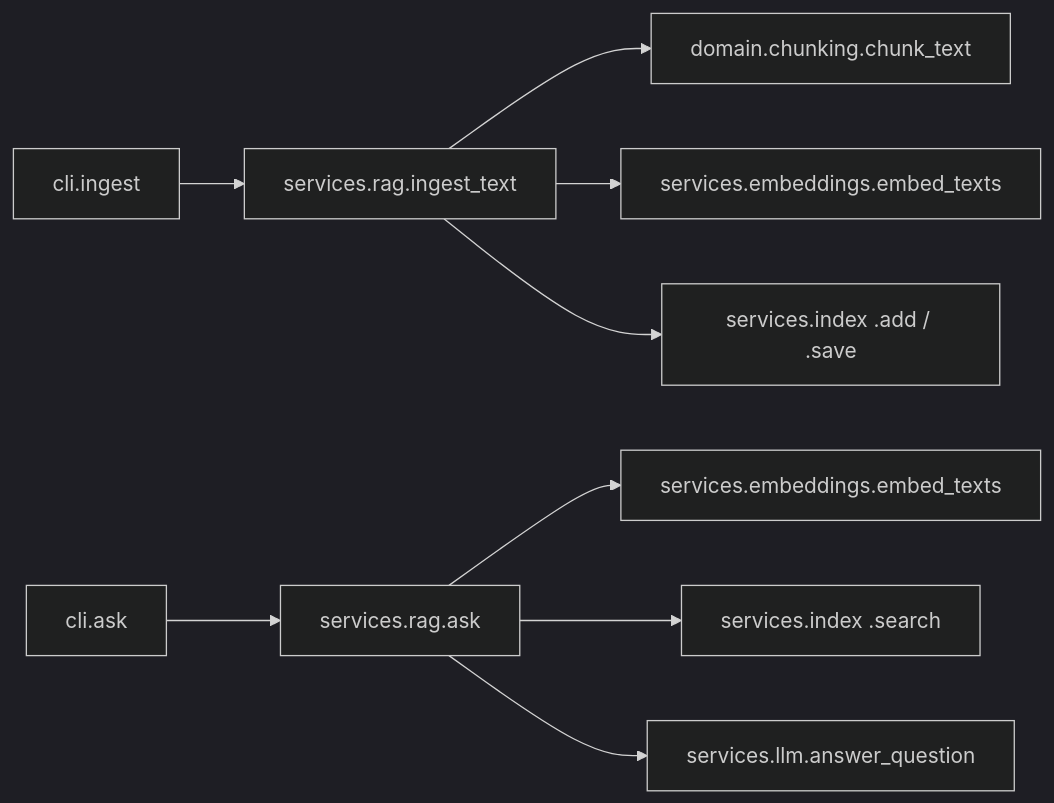
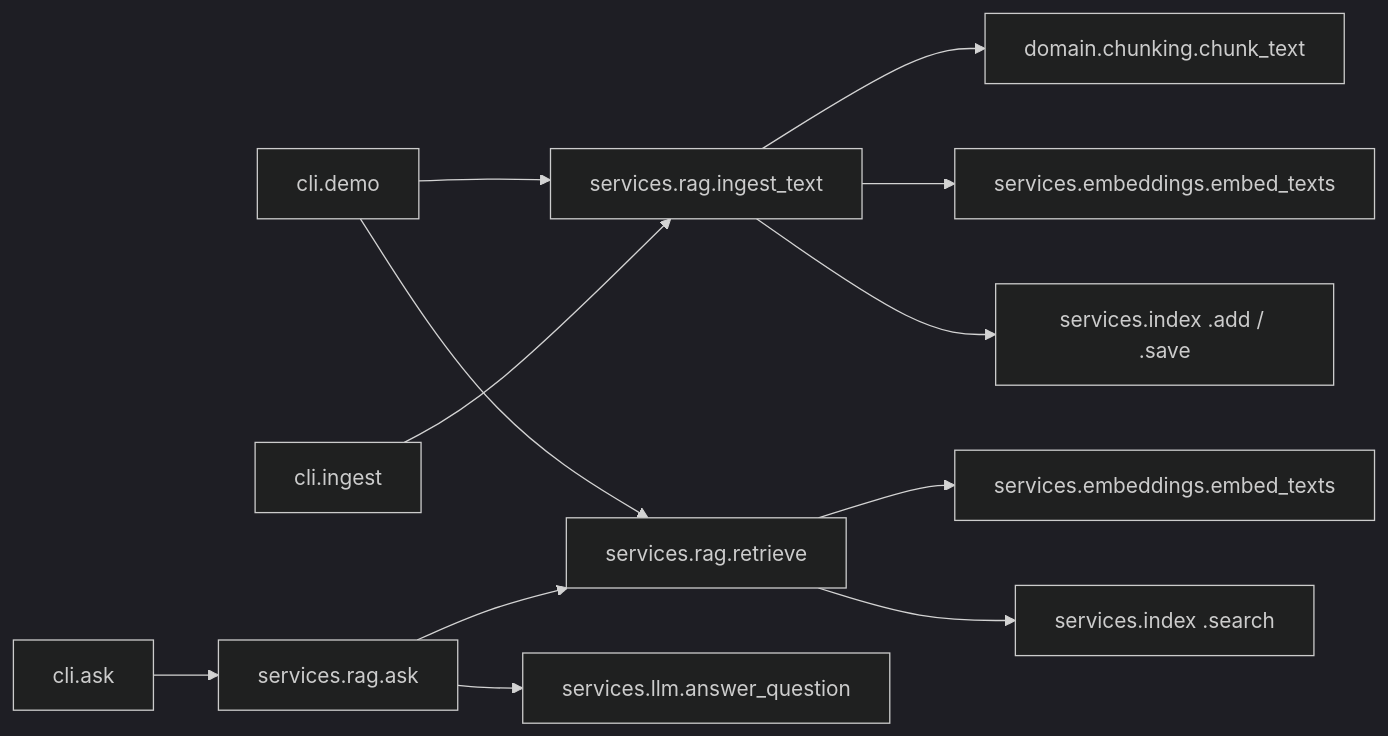
Before and after one commit to Mohdbakr/RAGLab: the second of 2 diagrams in projects/01-rag-from-scratch/README.md, drawn with Mermaid (dark theme). The commit also changed other lines of this file and 5 other files, not shown here.

````diff
--- a/projects/01-rag-from-scratch/README.md
+++ b/projects/01-rag-from-scratch/README.md
@@ -59,12 +65,17 @@
 ```mermaid
 flowchart LR
     CLI_I["cli.ingest"] --> RAG_I["services.rag.ingest_text"]
     RAG_I --> CHUNK["domain.chunking.chunk_text"]
     RAG_I --> EMB["services.embeddings.embed_texts"]
     RAG_I --> IDX_A["services.index .add / .save"]
 
     CLI_A["cli.ask"] --> RAG_A["services.rag.ask"]
-    RAG_A --> EMB2["services.embeddings.embed_texts"]
-    RAG_A --> IDX_S["services.index .search"]
+    RAG_A --> RAG_R["services.rag.retrieve"]
     RAG_A --> LLM["services.llm.answer_question"]
+
+    CLI_D["cli.demo"] --> RAG_I
+    CLI_D --> RAG_R
+
+    RAG_R --> EMB2["services.embeddings.embed_texts"]
+    RAG_R --> IDX_S["services.index .search"]
 ```
````
